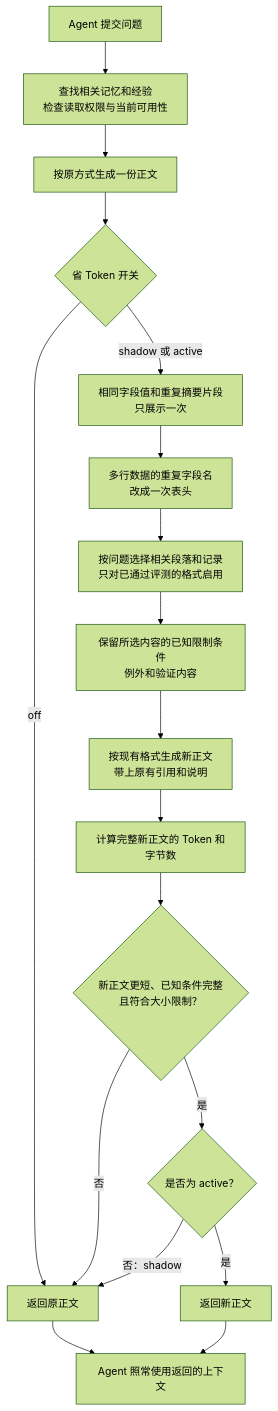
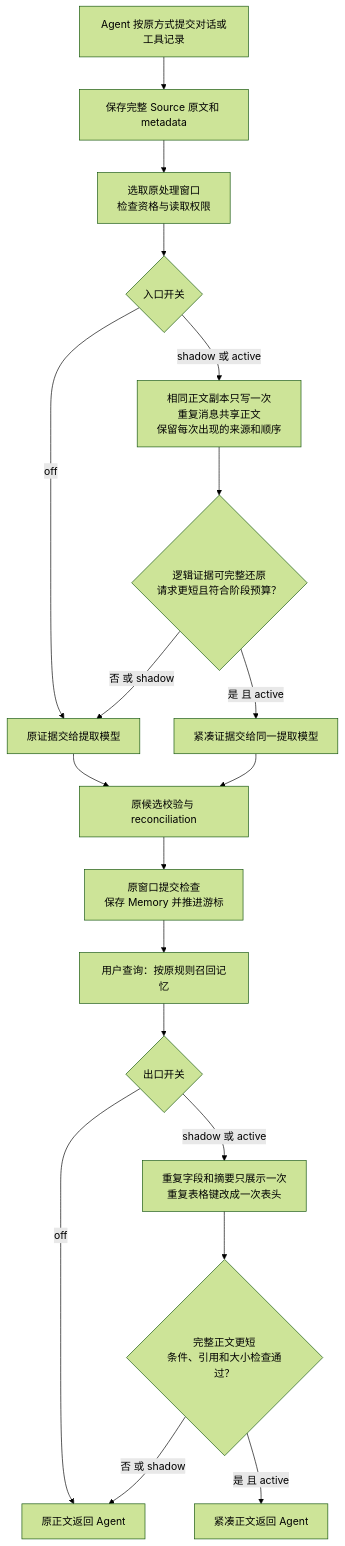
The diagram in docs/zh/rfcs/1990-token-budgeted-evidence-delivery.md (2397819368a-oss/powercontext-2026), drawn with Mermaid (forest theme) before and after one commit. The commit also changed other lines of this file and 5 other files, not shown here.

````diff
--- a/docs/zh/rfcs/1990-token-budgeted-evidence-delivery.md
+++ b/docs/zh/rfcs/1990-token-budgeted-evidence-delivery.md
@@ -100,20 +94,21 @@
 ```mermaid
 flowchart TD
-    A[Agent 提交问题] --> B[查找相关记忆和经验<br/>检查读取权限与当前可用性]
-    B --> C[按原方式生成一份正文]
-    C --> D{省 Token 开关}
-    D -->|off| O[返回原正文]
-    D -->|shadow 或 active| E[相同字段值和重复摘要片段<br/>只展示一次]
-    E --> F[多行数据的重复字段名<br/>改成一次表头]
-    F --> G[按问题选择相关段落和记录<br/>只对已通过评测的格式启用]
-    G --> H[保留所选内容的已知限制条件<br/>例外和验证内容]
-    H --> I[按现有格式生成新正文<br/>带上原有引用和说明]
-    I --> J[计算完整新正文的 Token 和字节数]
-    J --> K{新正文更短、已知条件完整<br/>且符合大小限制？}
-    K -->|否| O
-    K -->|是| L{是否为 active？}
-    L -->|否：shadow| O
-    L -->|是| N[返回新正文]
-    O --> P[Agent 照常使用返回的上下文]
-    N --> P
+    A[Agent 按原方式提交对话或工具记录] --> B[保存完整 Source 原文和 metadata]
+    B --> C[选取原处理窗口<br/>检查资格与读取权限]
+    C --> D{入口开关}
+    D -->|off| E[原证据交给提取模型]
+    D -->|shadow 或 active| F[相同正文副本只写一次<br/>重复消息共享正文<br/>保留每次出现的来源和顺序]
+    F --> G{逻辑证据可完整还原<br/>请求更短且符合阶段预算？}
+    G -->|否 或 shadow| E
+    G -->|是 且 active| H[紧凑证据交给同一提取模型]
+    E --> I[原候选校验与 reconciliation]
+    H --> I
+    I --> J[原窗口提交检查<br/>保存 Memory 并推进游标]
+    J --> K[用户查询：按原规则召回记忆]
+    K --> L{出口开关}
+    L -->|off| M[原正文返回 Agent]
+    L -->|shadow 或 active| N[重复字段和摘要只展示一次<br/>重复表格键改成一次表头]
+    N --> O{完整正文更短<br/>条件、引用和大小检查通过？}
+    O -->|否 或 shadow| M
+    O -->|是 且 active| P[紧凑正文返回 Agent]
 ```
````
